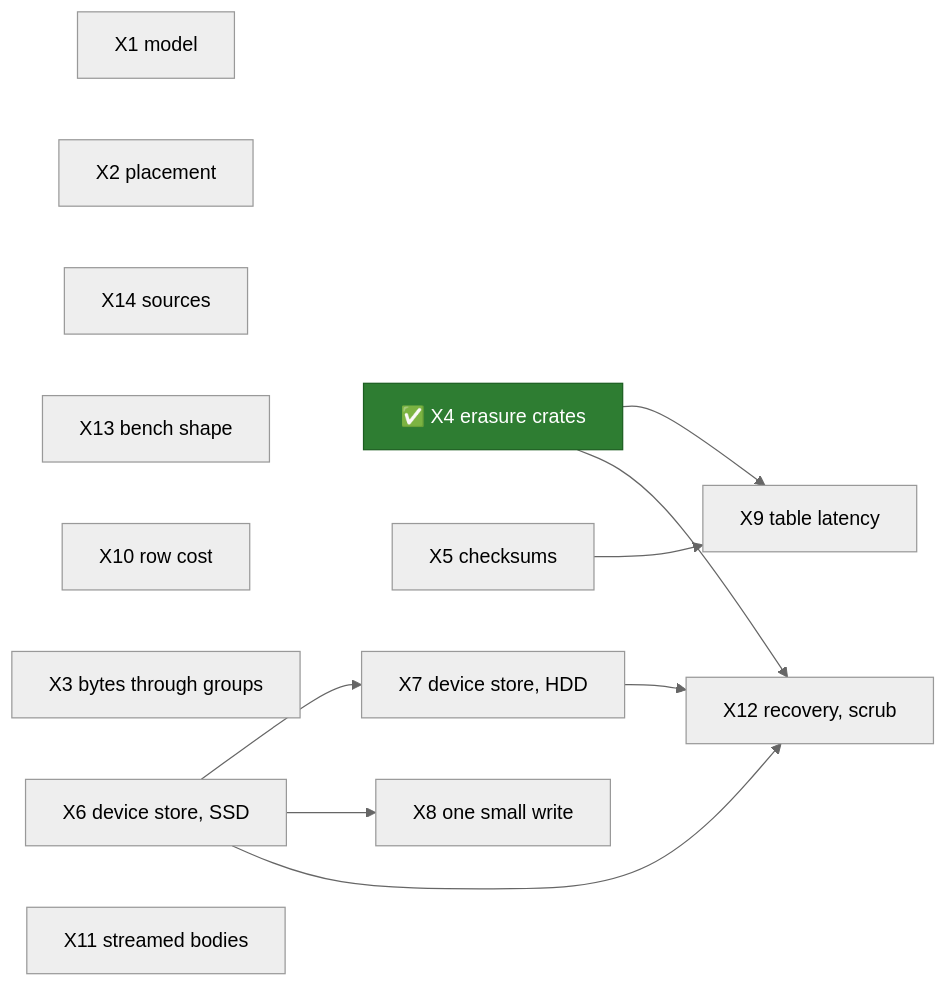
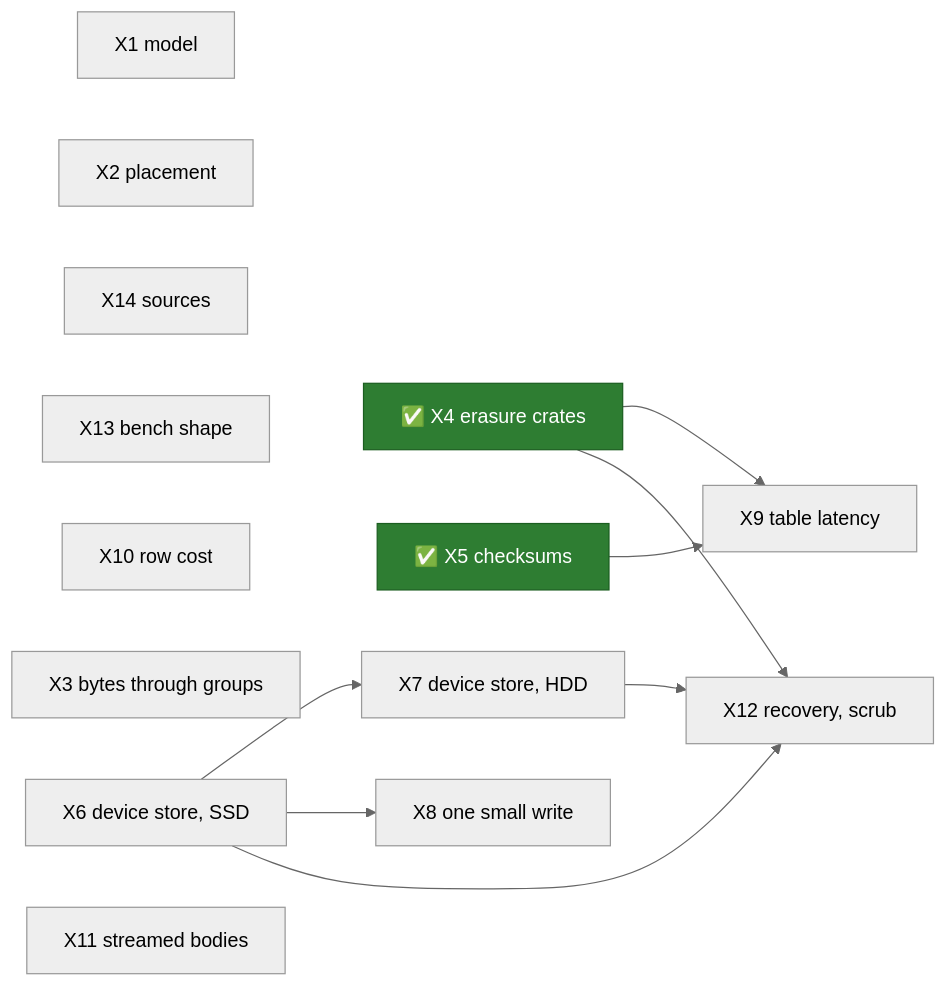
One commit to mjcarson/shoal changed the diagram in docs/src/object-storage/spikes.md. Above: the diagram before and after it, drawn with Mermaid (neutral theme). The commit also changed other lines of this file and 39 other files, not shown here.

````diff
--- a/docs/src/object-storage/spikes.md
+++ b/docs/src/object-storage/spikes.md
@@ -637,25 +661,25 @@
 ```mermaid
 flowchart LR
     classDef done fill:#2e7d32,stroke:#1b5e20,color:#ffffff
     X1["X1 model"]
     X2["X2 placement"]
     X14["X14 sources"]
     X13["X13 bench shape"]
     X10["X10 row cost"]
     X3["X3 bytes through groups"]
     X4["✅ X4 erasure crates"]:::done
-    X5["X5 checksums"]
+    X5["✅ X5 checksums"]:::done
     X6["X6 device store, SSD"]
     X7["X7 device store, HDD"]
     X8["X8 one small write"]
     X9["X9 table latency"]
     X11["X11 streamed bodies"]
     X12["X12 recovery, scrub"]
     X4 --> X9
     X5 --> X9
     X6 --> X7
     X6 --> X8
     X4 --> X12
     X6 --> X12
     X7 --> X12
 ```
````
